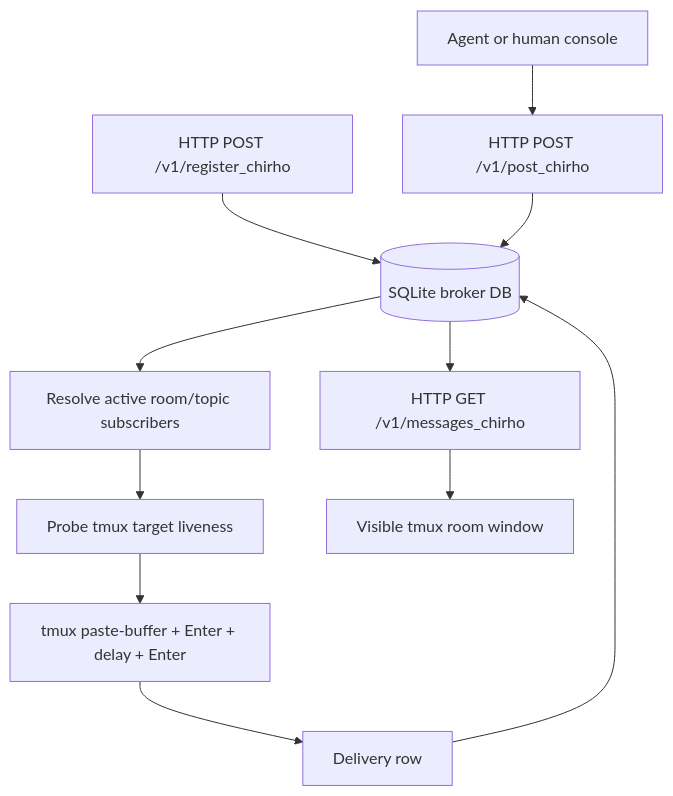
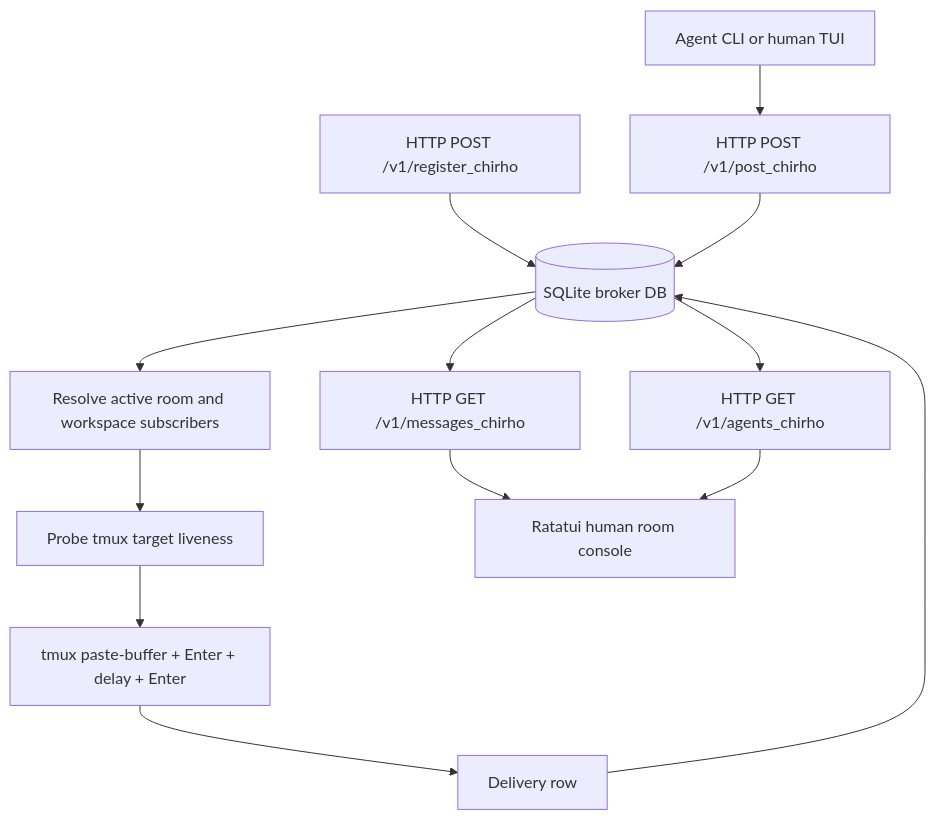
The diagram in spec-chirho/workflows-chirho/metropoleluya-http-broker-flow-chirho.md (loveJesus/metropoleluya-chirho), drawn with Mermaid before and after one commit. The commit also changed other lines of this file and 8 other files, not shown here.

Commit message:
Add Ratatui room console

````diff
--- a/spec-chirho/workflows-chirho/metropoleluya-http-broker-flow-chirho.md
+++ b/spec-chirho/workflows-chirho/metropoleluya-http-broker-flow-chirho.md
@@ -5,13 +5,15 @@
 ```mermaid
 flowchart TD
-    agent_chirho[Agent or human console] --> post_chirho[HTTP POST /v1/post_chirho]
+    agent_chirho[Agent CLI or human TUI] --> post_chirho[HTTP POST /v1/post_chirho]
     register_chirho[HTTP POST /v1/register_chirho] --> db_chirho[(SQLite broker DB)]
     post_chirho --> db_chirho
-    db_chirho --> select_chirho[Resolve active room/topic subscribers]
+    db_chirho --> select_chirho[Resolve active room and workspace subscribers]
     select_chirho --> live_chirho[Probe tmux target liveness]
     live_chirho --> deliver_chirho[tmux paste-buffer + Enter + delay + Enter]
     deliver_chirho --> delivery_log_chirho[Delivery row]
     delivery_log_chirho --> db_chirho
     db_chirho --> watch_chirho[HTTP GET /v1/messages_chirho]
-    watch_chirho --> board_chirho[Visible tmux room window]
+    db_chirho --> agents_chirho[HTTP GET /v1/agents_chirho]
+    watch_chirho --> board_chirho[Ratatui human room console]
+    agents_chirho --> board_chirho
 ```
````
